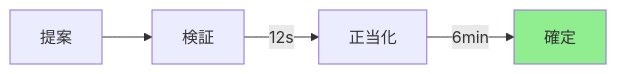
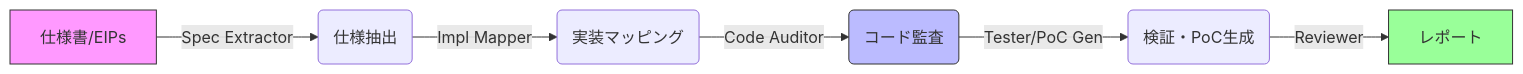
One commit to NyxFoundation/scis2026-security-agent-presentation changed the diagram in slides.md. Above: the diagram before and after it, drawn with Mermaid. The commit also changed other lines of this file and 2 other files, not shown here.

````diff
--- a/slides.md
+++ b/slides.md
@@ -91,7 +118,12 @@
-```mermaid {scale: 0.5}
-flowchart LR
-    A[提案] --> B[検証]
-    B -->|12s| C[正当化]
-    C -->|6min| D[確定]
-    style D fill:#90EE90
+```mermaid {scale: 0.7}
+graph LR
+    A[仕様書/EIPs] -->|Spec Extractor| B(仕様抽出)
+    B -->|Impl Mapper| C(実装マッピング)
+    C -->|Code Auditor| D(コード監査)
+    D -->|Tester/PoC Gen| E(検証・PoC生成)
+    E -->|Reviewer| F[レポート]
+    
+    style A fill:#f9f,stroke:#333
+    style F fill:#9f9,stroke:#333
+    style D fill:#bbf,stroke:#333
 ```
````
